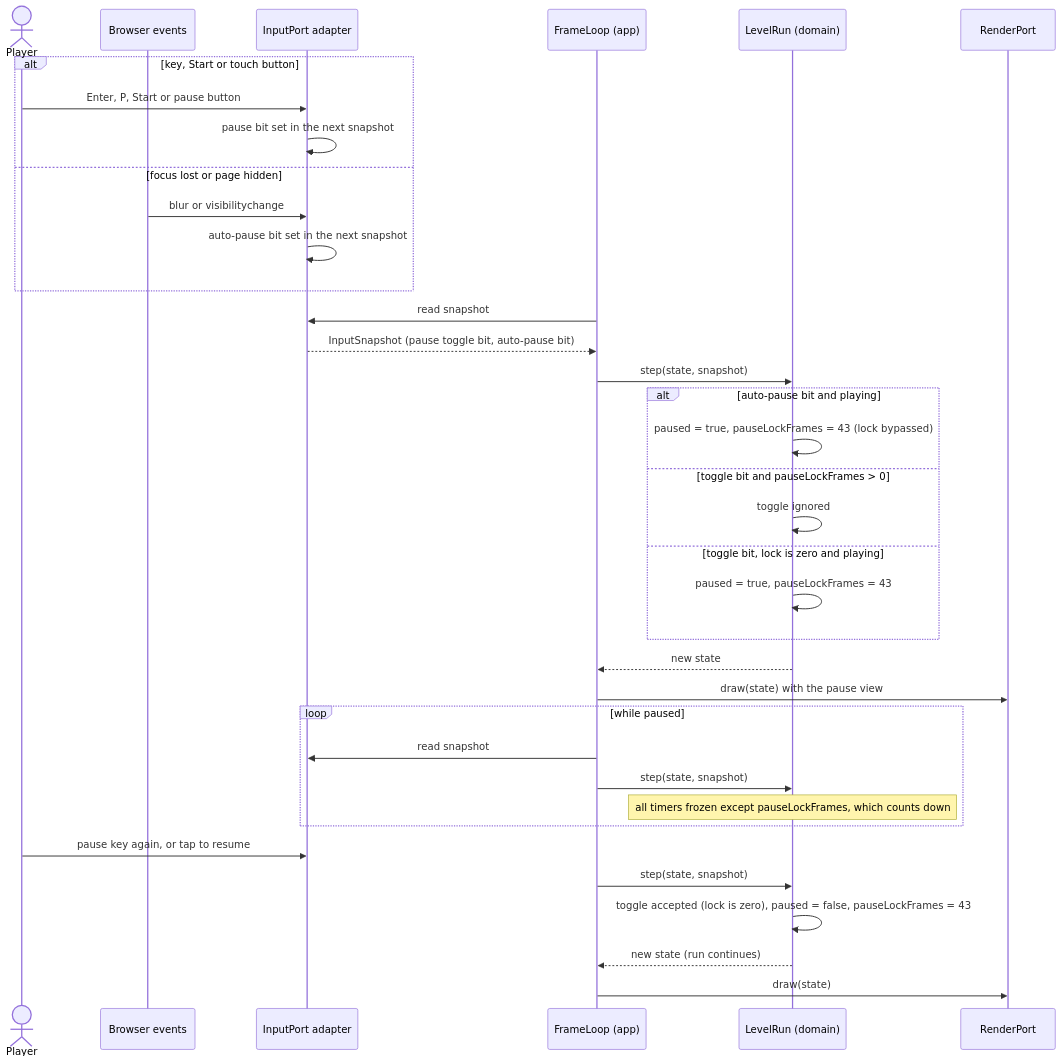
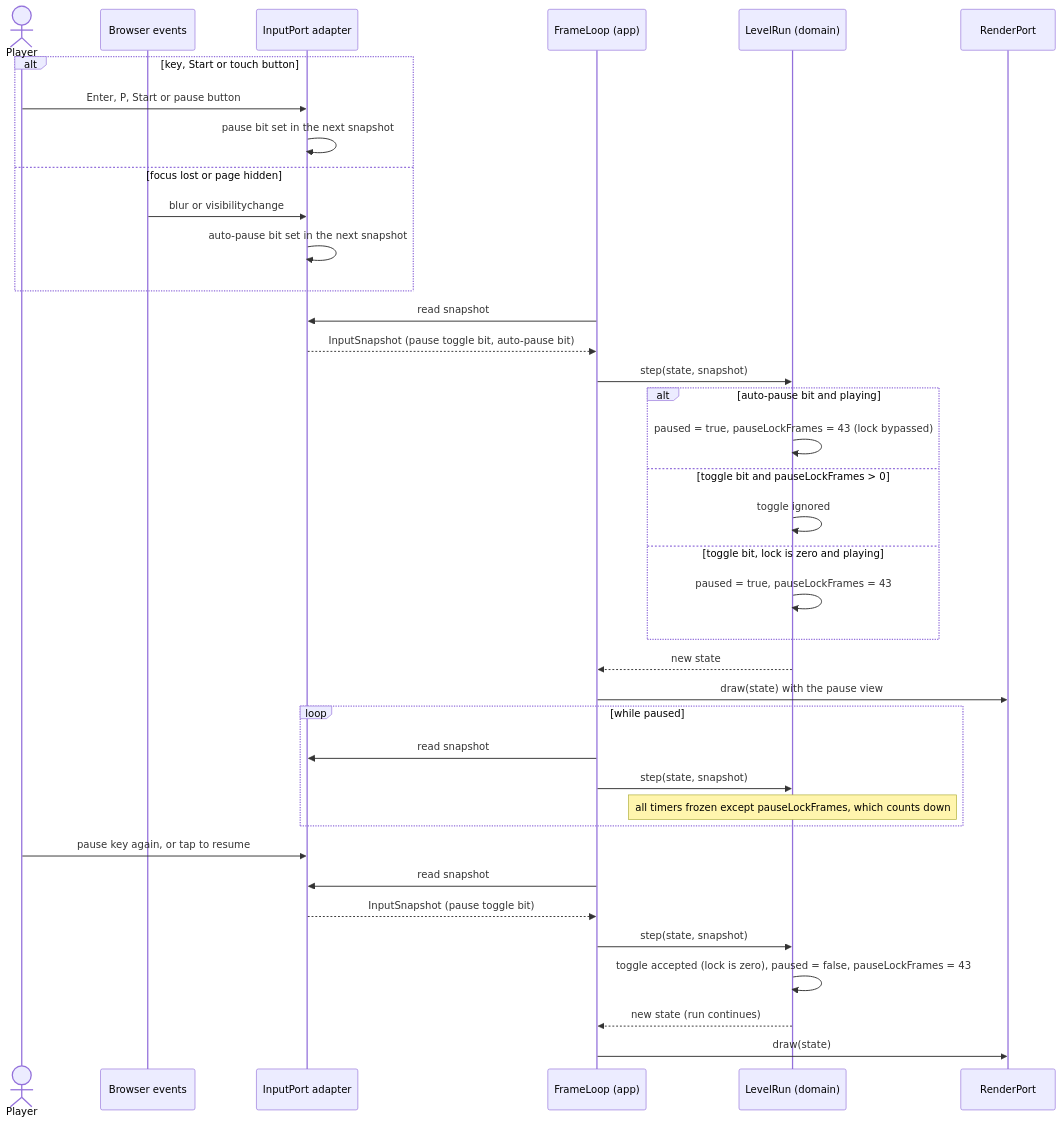
One commit to benoit-bremaud/retro-plumber changed the diagram in docs/architecture/diagrams/gameplay/14-sequence-pause-resume.md. Above: the diagram before and after it, drawn with Mermaid. The commit also changed 2 other files, not shown here.

Commit message:
docs(uml): address Codex review on sequences 10, 11, 14 (#7)

````diff
--- a/docs/architecture/diagrams/gameplay/14-sequence-pause-resume.md
+++ b/docs/architecture/diagrams/gameplay/14-sequence-pause-resume.md
@@ -14,38 +14,40 @@
 ```mermaid
 sequenceDiagram
     actor P as Player
     participant Br as Browser events
     participant In as InputPort adapter
     participant FL as FrameLoop (app)
     participant LR as LevelRun (domain)
     participant Out as RenderPort
     alt key, Start or touch button
         P->>In: Enter, P, Start or pause button
         In->>In: pause bit set in the next snapshot
     else focus lost or page hidden
         Br->>In: blur or visibilitychange
         In->>In: auto-pause bit set in the next snapshot
     end
     FL->>In: read snapshot
     In-->>FL: InputSnapshot (pause toggle bit, auto-pause bit)
     FL->>LR: step(state, snapshot)
     alt auto-pause bit and playing
         LR->>LR: paused = true, pauseLockFrames = 43 (lock bypassed)
     else toggle bit and pauseLockFrames > 0
         LR->>LR: toggle ignored
     else toggle bit, lock is zero and playing
         LR->>LR: paused = true, pauseLockFrames = 43
     end
     LR-->>FL: new state
     FL->>Out: draw(state) with the pause view
     loop while paused
         FL->>In: read snapshot
         FL->>LR: step(state, snapshot)
         Note over LR: all timers frozen except pauseLockFrames, which counts down
     end
     P->>In: pause key again, or tap to resume
+    FL->>In: read snapshot
+    In-->>FL: InputSnapshot (pause toggle bit)
     FL->>LR: step(state, snapshot)
     LR->>LR: toggle accepted (lock is zero), paused = false, pauseLockFrames = 43
     LR-->>FL: new state (run continues)
     FL->>Out: draw(state)
 ```
````
